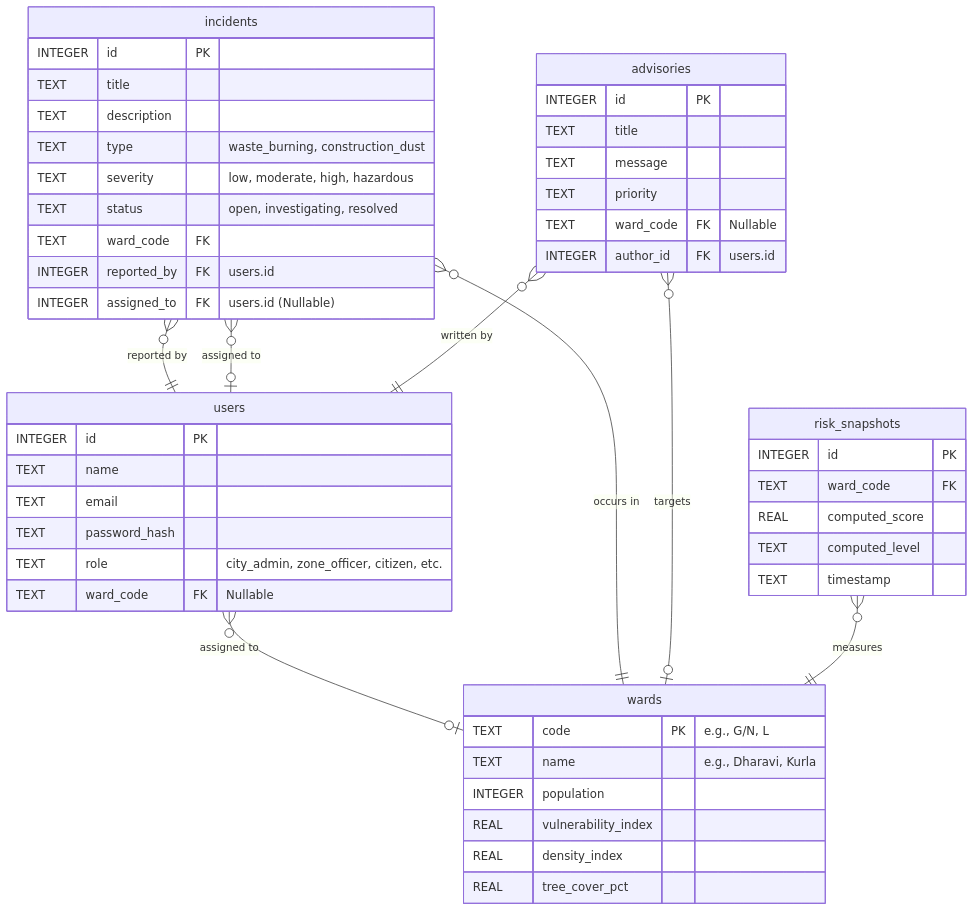
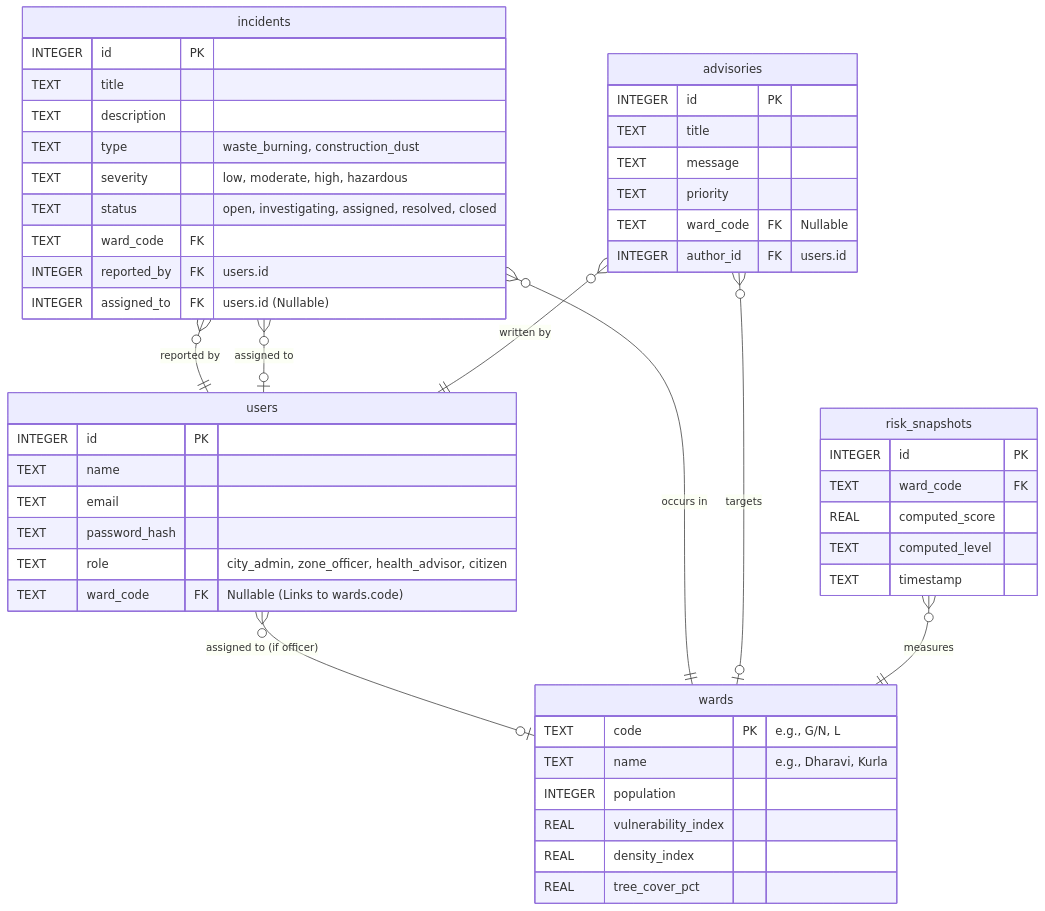
Before and after one commit to AshutoshGitMirror/FSD-Final_Project: the diagram in viva.md, drawn with Mermaid. The commit also changed other lines of this file, not shown here.

````diff
--- a/viva.md
+++ b/viva.md
@@ -34,57 +40,57 @@
 ```mermaid
 erDiagram
     users {
         INTEGER id PK
         TEXT name
         TEXT email
         TEXT password_hash
-        TEXT role "city_admin, zone_officer, citizen, etc."
-        TEXT ward_code FK "Nullable"
+        TEXT role "city_admin, zone_officer, health_advisor, citizen"
+        TEXT ward_code FK "Nullable (Links to wards.code)"
     }
     
     wards {
         TEXT code PK "e.g., G/N, L"
         TEXT name "e.g., Dharavi, Kurla"
         INTEGER population
         REAL vulnerability_index
         REAL density_index
         REAL tree_cover_pct
     }
 
     incidents {
         INTEGER id PK
         TEXT title
         TEXT description
         TEXT type "waste_burning, construction_dust"
         TEXT severity "low, moderate, high, hazardous"
-        TEXT status "open, investigating, resolved"
+        TEXT status "open, investigating, assigned, resolved, closed"
         TEXT ward_code FK
         INTEGER reported_by FK "users.id"
         INTEGER assigned_to FK "users.id (Nullable)"
     }
 
     advisories {
         INTEGER id PK
         TEXT title
         TEXT message
         TEXT priority
         TEXT ward_code FK "Nullable"
         INTEGER author_id FK "users.id"
     }
 
     risk_snapshots {
         INTEGER id PK
         TEXT ward_code FK
         REAL computed_score
         TEXT computed_level
         TEXT timestamp
     }
 
-    users }o--o| wards : "assigned to"
+    users }o--o| wards : "assigned to (if officer)"
     incidents }o--|| wards : "occurs in"
     incidents }o--|| users : "reported by"
     incidents }o--o| users : "assigned to"
     advisories }o--o| wards : "targets"
     advisories }o--|| users : "written by"
     risk_snapshots }o--|| wards : "measures"
 ```
````
